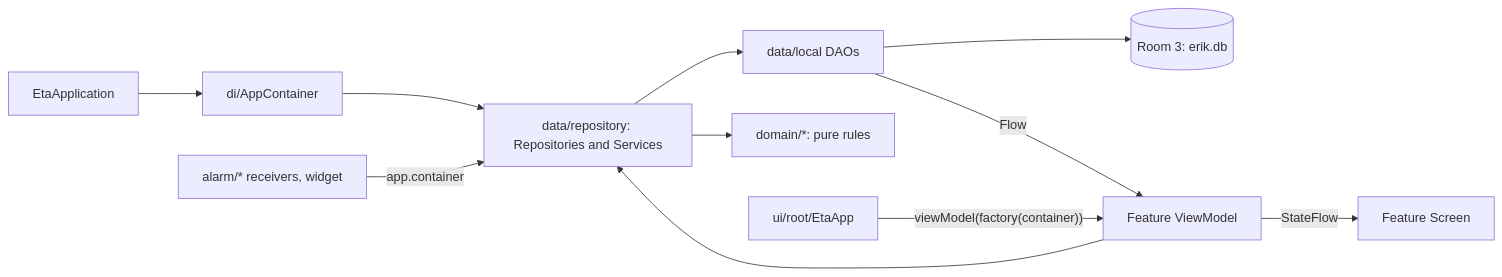
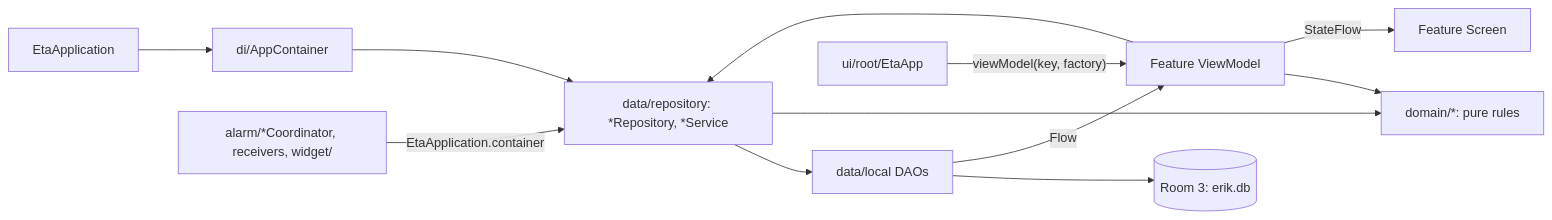
One commit to Roden69/ETA changed the diagram in AGENTS.md. Above: the diagram before and after it, drawn with Mermaid. The commit also changed other lines of this file and 2 other files, not shown here.

````diff
--- a/AGENTS.md
+++ b/AGENTS.md
@@ -87,11 +27,12 @@
 ```mermaid
 flowchart LR
   App[EtaApplication] --> C[di/AppContainer]
-  C --> S[data/repository: Repositories and Services]
-  S --> D[data/local DAOs] --> DB[(Room 3: erik.db)]
-  S --> R[domain/*: pure rules]
-  Root[ui/root/EtaApp] -- "viewModel(factory(container))" --> VM[Feature ViewModel]
+  C --> S["data/repository: *Repository, *Service"]
+  S --> DAO[data/local DAOs] --> DB[("Room 3: erik.db")]
+  S --> D["domain/*: pure rules"]
+  Root[ui/root/EtaApp] -- "viewModel(key, factory)" --> VM[Feature ViewModel]
   VM --> S
-  D -- Flow --> VM -- StateFlow --> UI[Feature Screen]
-  A[alarm/* receivers, widget] -- app.container --> S
+  VM --> D
+  DAO -- Flow --> VM -- StateFlow --> UI[Feature Screen]
+  AL["alarm/*Coordinator, receivers, widget/"] -- "EtaApplication.container" --> S
 ```
````
